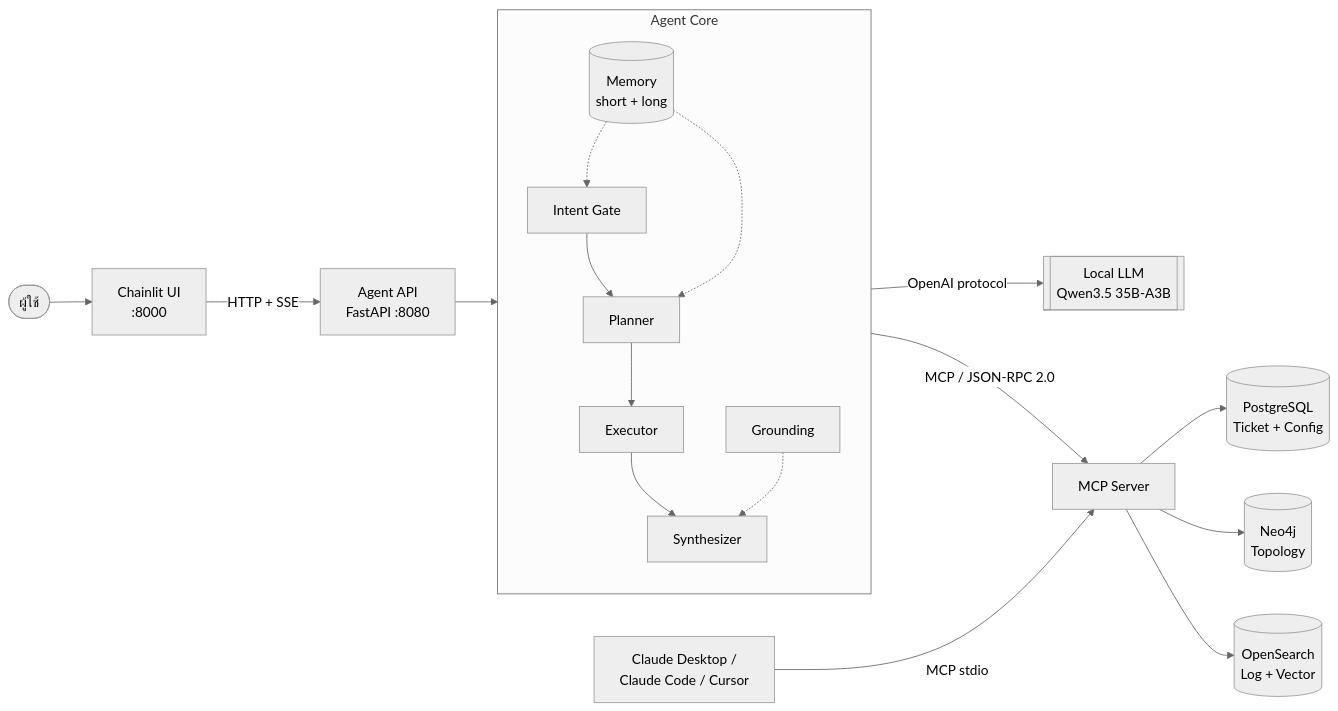
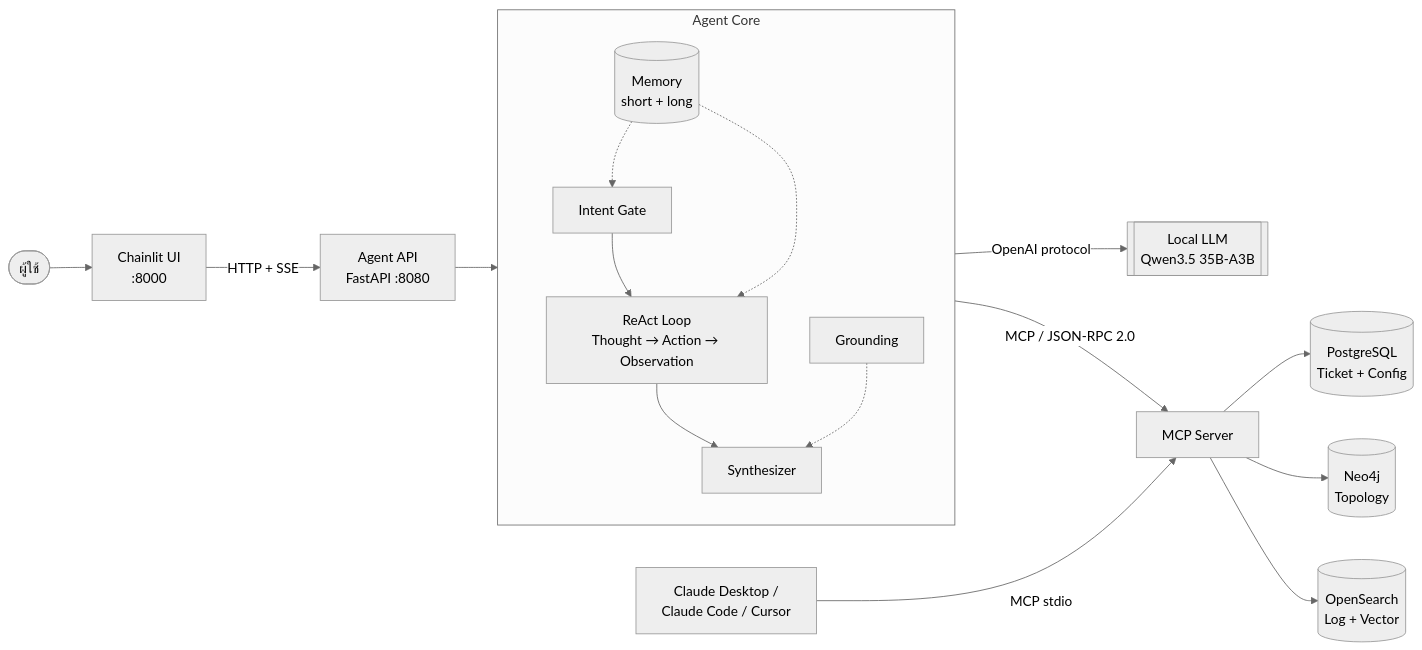
One commit to LLM-CE-KMITL/mcp-workshop changed the first of 3 diagrams in README2.md. Above: the diagram before and after it, drawn with Mermaid (neutral theme). The commit also changed 38 other files, not shown here.

````diff
--- a/README2.md
+++ b/README2.md
@@ -50,25 +50,24 @@
 ```mermaid
 flowchart LR
     U([ผู้ใช้]) --> UI[Chainlit UI<br/>:8000]
     UI -->|HTTP + SSE| API[Agent API<br/>FastAPI :8080]
 
     subgraph AGENT["Agent Core"]
         direction TB
-        I[Intent Gate] --> P[Planner]
-        P --> E[Executor]
-        E --> S[Synthesizer]
+        I[Intent Gate] --> R[ReAct Loop<br/>Thought → Action → Observation]
+        R --> S[Synthesizer]
         M[(Memory<br/>short + long)] -.-> I
-        M -.-> P
+        M -.-> R
         G[Grounding] -.-> S
     end
 
     API --> AGENT
     AGENT -->|OpenAI protocol| LLM[[Local LLM<br/>Qwen3.5 35B-A3B]]
     AGENT -->|MCP / JSON-RPC 2.0| MCP[MCP Server]
 
     MCP --> PG[(PostgreSQL<br/>Ticket + Config)]
     MCP --> NEO[(Neo4j<br/>Topology)]
     MCP --> OS[(OpenSearch<br/>Log + Vector)]
 
     CD[Claude Desktop /<br/>Claude Code / Cursor] -->|MCP stdio| MCP
 ```
````
